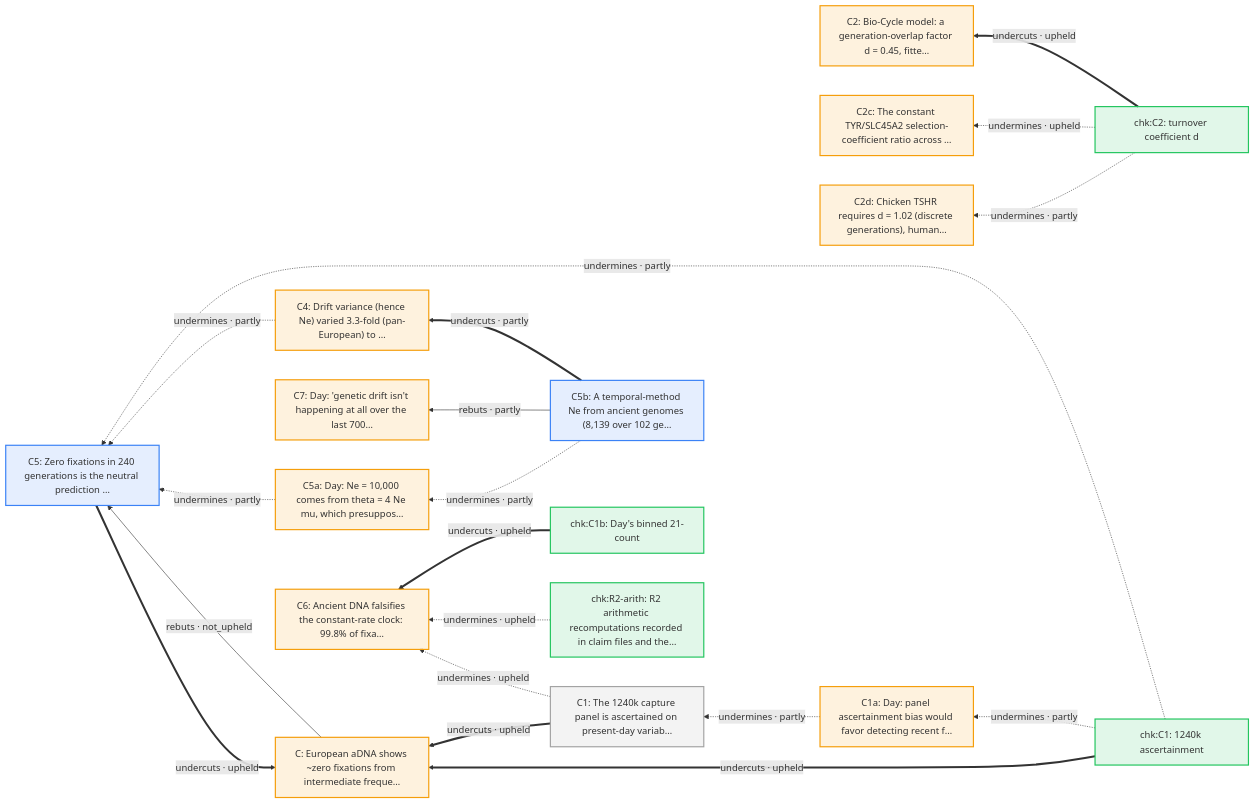
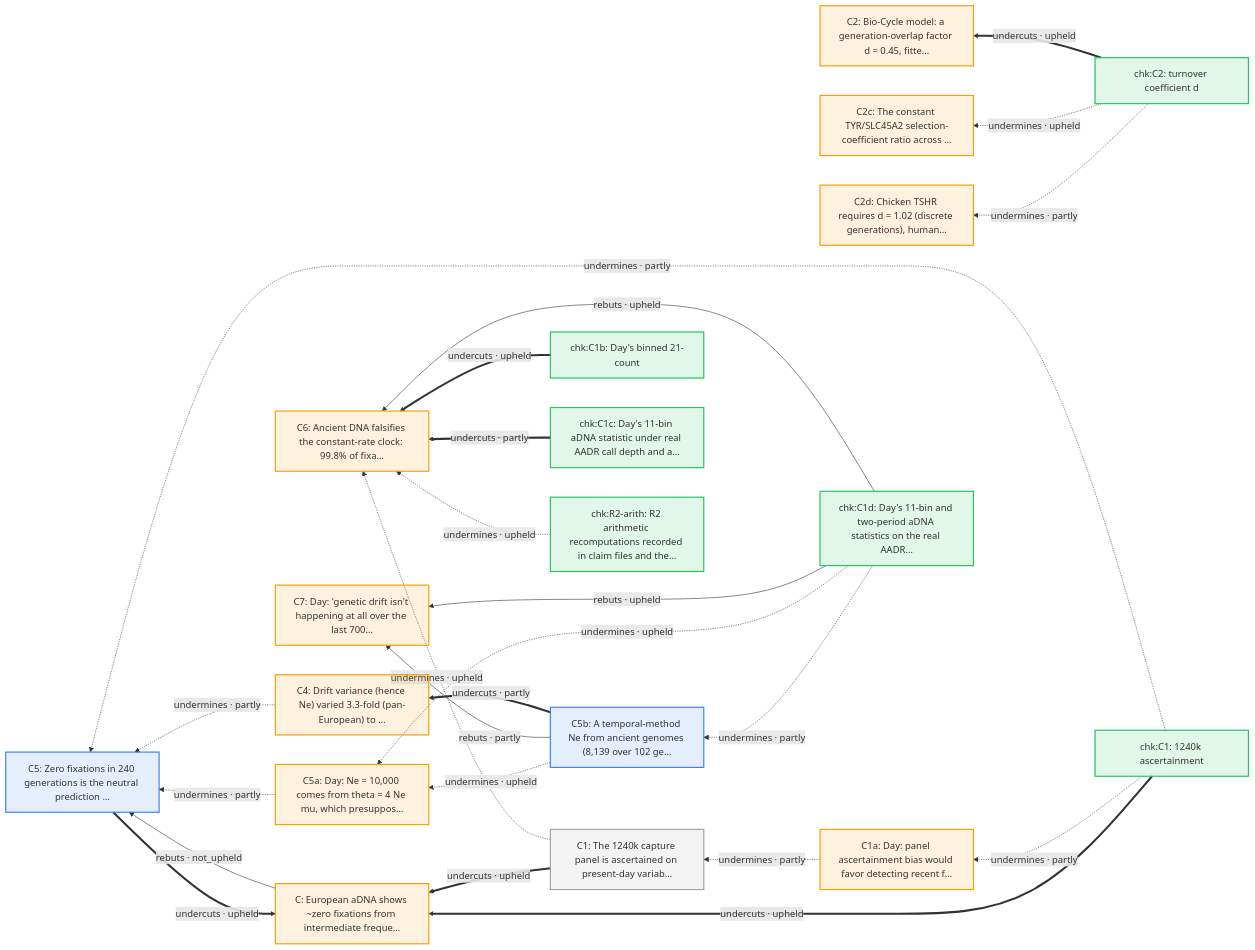
Before and after one commit to nickallevato/evo-sim: the sixth of 16 diagrams in docs/arguments/defeaters.md, drawn with Mermaid. The commit also changed other lines of this file and 50 other files, not shown here.

````diff
--- a/docs/arguments/defeaters.md
+++ b/docs/arguments/defeaters.md
@@ -320,42 +321,49 @@
 ```mermaid
 flowchart RL
   classDef day fill:#f59e0b22,stroke:#f59e0b,stroke-width:2px
   classDef ally fill:#d9770622,stroke:#d97706,stroke-width:2px
   classDef critic fill:#3b82f622,stroke:#3b82f6,stroke-width:2px
   classDef literature fill:#a3a3a322,stroke:#a3a3a3,stroke-width:2px
   classDef audit fill:#22c55e22,stroke:#22c55e,stroke-width:2px
   C["C: European aDNA shows ~zero fixations from intermediate freque…"]:::day
   C1["C1: The 1240k capture panel is ascertained on present-day variab…"]:::literature
   C1a["C1a: Day: panel ascertainment bias would favor detecting recent f…"]:::day
   C2["C2: Bio-Cycle model: a generation-overlap factor d = 0.45, fitte…"]:::day
   C2c["C2c: The constant TYR/SLC45A2 selection-coefficient ratio across …"]:::day
   C2d["C2d: Chicken TSHR requires d = 1.02 (discrete generations), human…"]:::day
   C4["C4: Drift variance (hence Ne) varied 3.3-fold (pan-European) to …"]:::day
   C5["C5: Zero fixations in 240 generations is the neutral prediction …"]:::critic
   C5a["C5a: Day: Ne = 10,000 comes from theta = 4 Ne mu, which presuppos…"]:::day
   C5b["C5b: A temporal-method Ne from ancient genomes (8,139 over 102 ge…"]:::critic
   C6["C6: Ancient DNA falsifies the constant-rate clock: 99.8% of fixa…"]:::day
   C7["C7: Day: 'genetic drift isn't happening at all over the last 700…"]:::day
   chk_C1["chk:C1: 1240k ascertainment"]:::audit
   chk_C1b["chk:C1b: Day's binned 21-count"]:::audit
+  chk_C1c["chk:C1c: Day's 11-bin aDNA statistic under real AADR call depth and a…"]:::audit
+  chk_C1d["chk:C1d: Day's 11-bin and two-period aDNA statistics on the real AADR…"]:::audit
   chk_C2["chk:C2: turnover coefficient d"]:::audit
   chk_R2_arith["chk:R2-arith: R2 arithmetic recomputations recorded in claim files and the…"]:::audit
   C1a -.->|"undermines · partly"| C1
   chk_C2 ==>|"undercuts · upheld"| C2
   C5b ==>|"undercuts · partly"| C4
   C -->|"rebuts · not_upheld"| C5
   C4 -.->|"undermines · partly"| C5
   C5a -.->|"undermines · partly"| C5
   chk_C1 -.->|"undermines · partly"| C5
   C1 -.->|"undermines · upheld"| C6
   chk_C1b ==>|"undercuts · upheld"| C6
   chk_R2_arith -.->|"undermines · upheld"| C6
+  chk_C1c ==>|"undercuts · partly"| C6
+  chk_C1d -->|"rebuts · upheld"| C6
   C5b -->|"rebuts · partly"| C7
+  chk_C1d -->|"rebuts · upheld"| C7
   chk_C1 -.->|"undermines · partly"| C1a
   chk_C2 -.->|"undermines · upheld"| C2c
   chk_C2 -.->|"undermines · partly"| C2d
-  C5b -.->|"undermines · partly"| C5a
+  C5b -.->|"undermines · upheld"| C5a
+  chk_C1d -.->|"undermines · upheld"| C5a
+  chk_C1d -.->|"undermines · partly"| C5b
   C1 ==>|"undercuts · upheld"| C
   C5 ==>|"undercuts · upheld"| C
   chk_C1 ==>|"undercuts · upheld"| C
 ```
````
